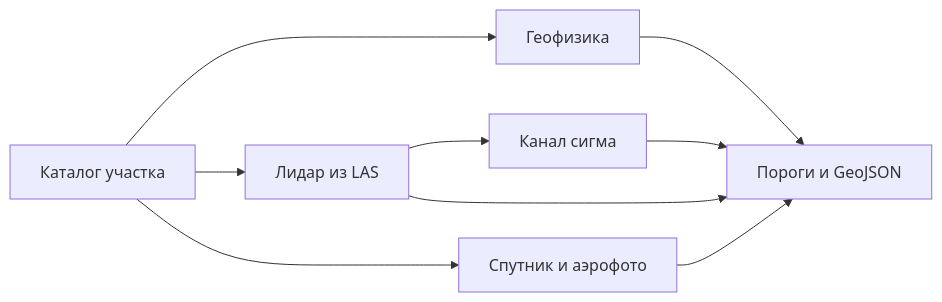
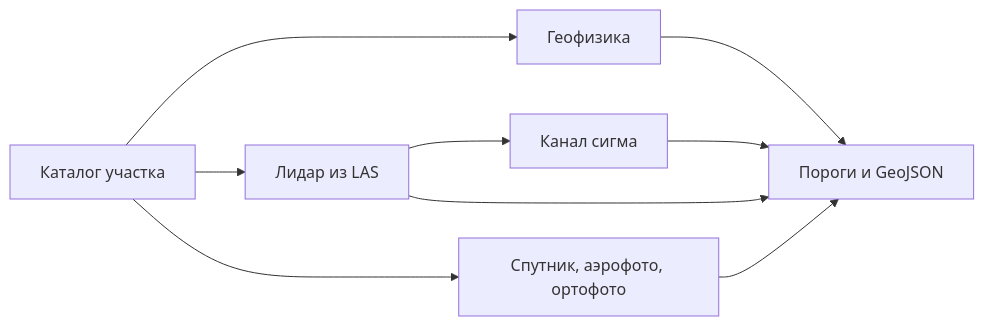
Before and after one commit to KonkovDV/expds-koz3: the diagram in README.md, drawn with Mermaid. The commit also changed other lines of this file and 22 other files, not shown here.

````diff
--- a/README.md
+++ b/README.md
@@ -48,11 +56,11 @@
 ```mermaid
 flowchart LR
   catalog[Каталог участка] --> geo[Геофизика]
   catalog --> lidar[Лидар из LAS]
-  catalog --> optical[Спутник и аэрофото]
+  catalog --> optical[Спутник, аэрофото, ортофото]
   lidar --> sigma[Канал сигма]
   geo --> write[Пороги и GeoJSON]
   lidar --> write
   optical --> write
   sigma --> write
 ```
````
